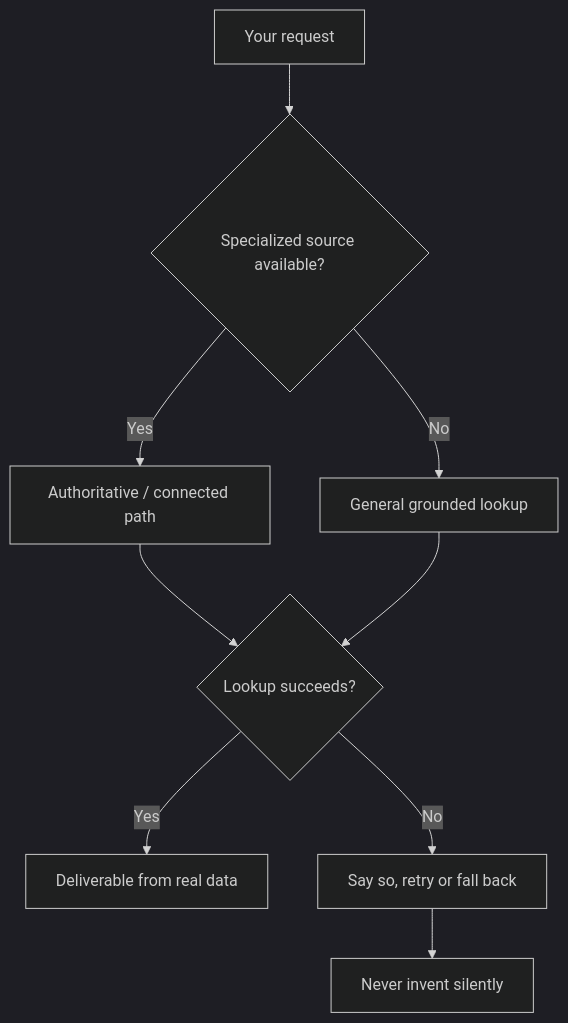
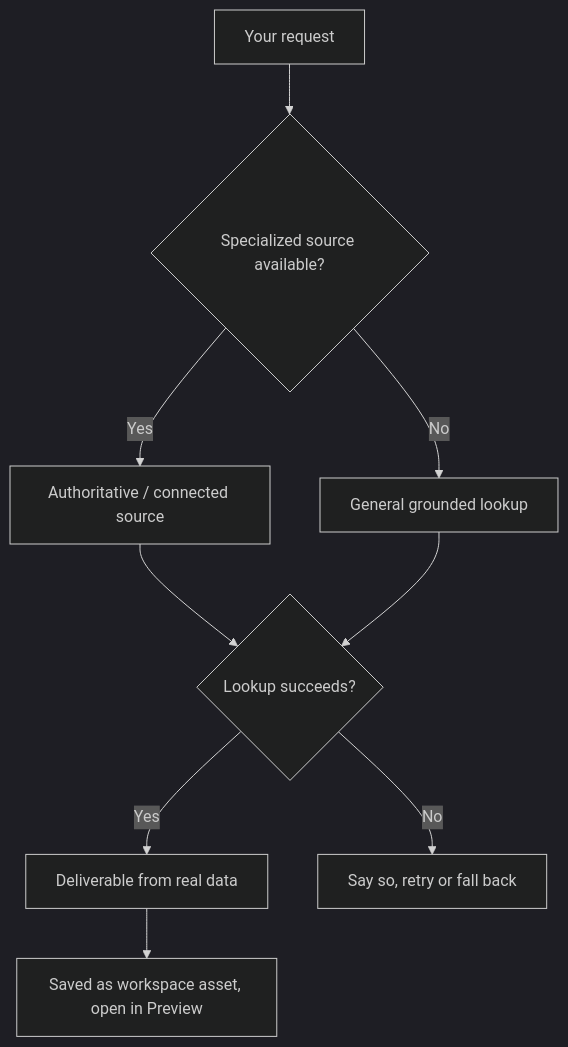
Before and after one commit to Beunec/beunec-site-staging: the diagram in Beunec Docs/rivine agentic engines/rivine_taskforce.md, drawn with Mermaid (dark theme). The commit also changed other lines of this file and 99 other files, not shown here.

````diff
--- a/Beunec Docs/rivine agentic engines/rivine_taskforce.md
+++ b/Beunec Docs/rivine agentic engines/rivine_taskforce.md
@@ -21,11 +22,11 @@
 ```mermaid
 flowchart TD
     A[Your request] --> B{Specialized source available?}
-    B -->|Yes| C[Authoritative / connected path]
+    B -->|Yes| C[Authoritative / connected source]
     B -->|No| D[General grounded lookup]
     C --> E{Lookup succeeds?}
     D --> E
     E -->|Yes| F[Deliverable from real data]
     E -->|No| G[Say so, retry or fall back]
-    G --> H[Never invent silently]
+    F --> H[Saved as workspace asset, open in Preview]
 ```
````
